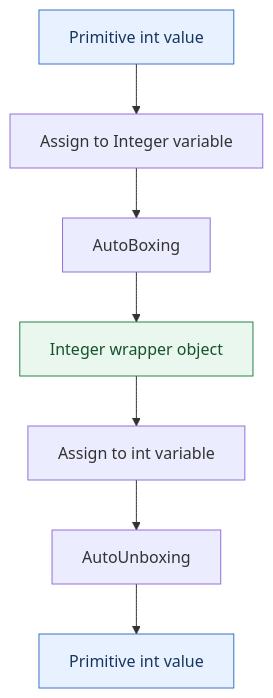
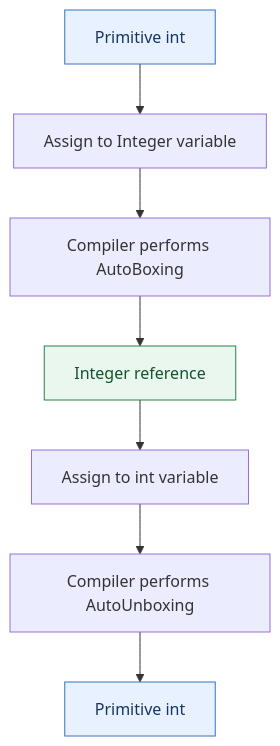
The second of 11 diagrams in src/J08_ObjectOrientedProgramming/L11_AutoBoxingAndPOJOs/README.md (VivekCodes07/TheDSAJournal), drawn with Mermaid before and after one commit. The commit also changed other lines of this file and 19 other files, not shown here.

````diff
--- a/src/J08_ObjectOrientedProgramming/L11_AutoBoxingAndPOJOs/README.md
+++ b/src/J08_ObjectOrientedProgramming/L11_AutoBoxingAndPOJOs/README.md
@@ -390,14 +407,14 @@
 ```mermaid
 flowchart TD
-    A["Primitive int value"] --> B["Assign to Integer variable"]
-    B --> C["AutoBoxing"]
-    C --> D["Integer wrapper object"]
+    A["Primitive int"] --> B["Assign to Integer variable"]
+    B --> C["Compiler performs AutoBoxing"]
+    C --> D["Integer reference"]
 
     D --> E["Assign to int variable"]
-    E --> F["AutoUnboxing"]
-    F --> G["Primitive int value"]
+    E --> F["Compiler performs AutoUnboxing"]
+    F --> G["Primitive int"]
 
     style A fill:#E8F1FF,stroke:#3973C6,color:#17365D
     style D fill:#E9F7EF,stroke:#27834A,color:#14532D
     style G fill:#E8F1FF,stroke:#3973C6,color:#17365D
 ```
````
